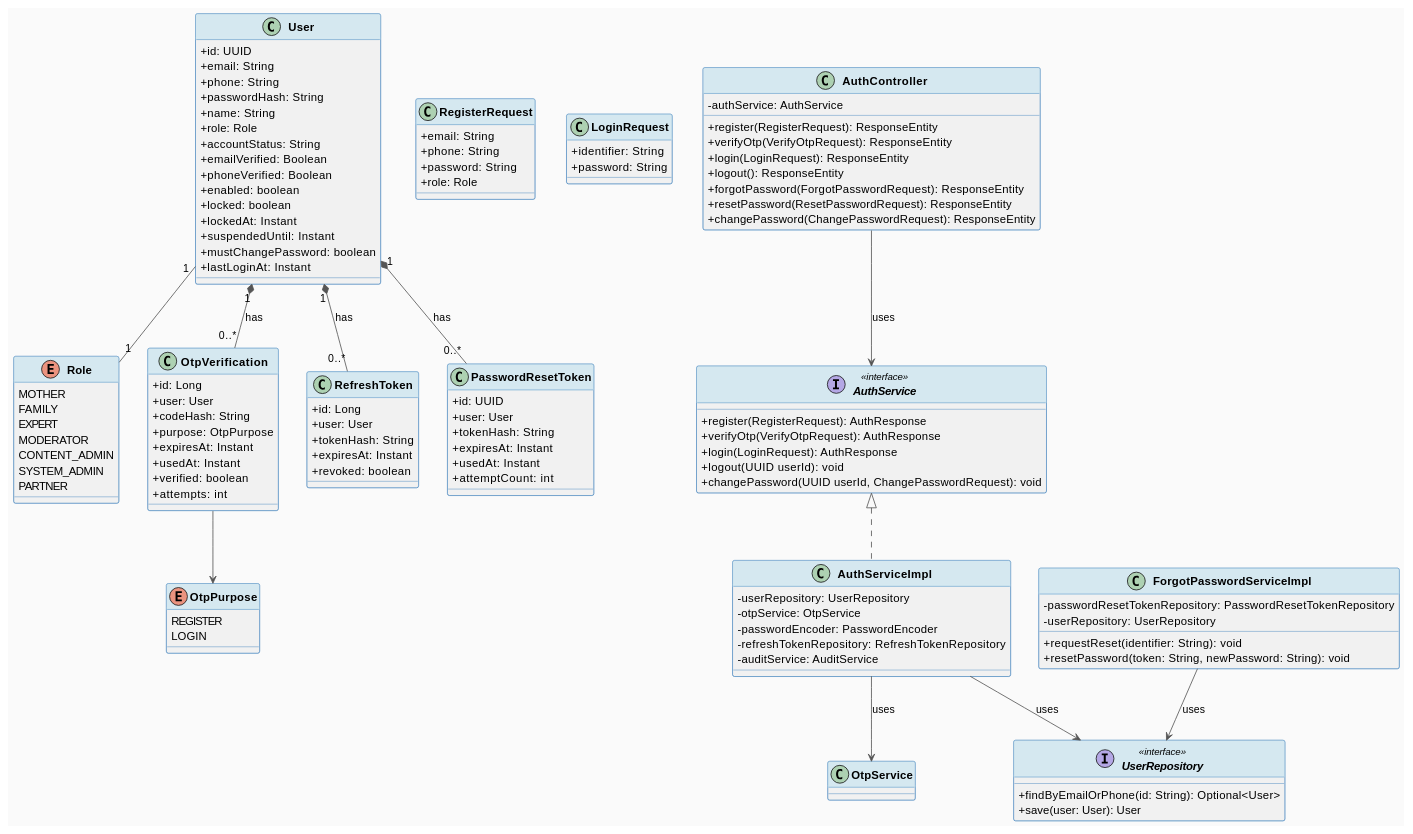
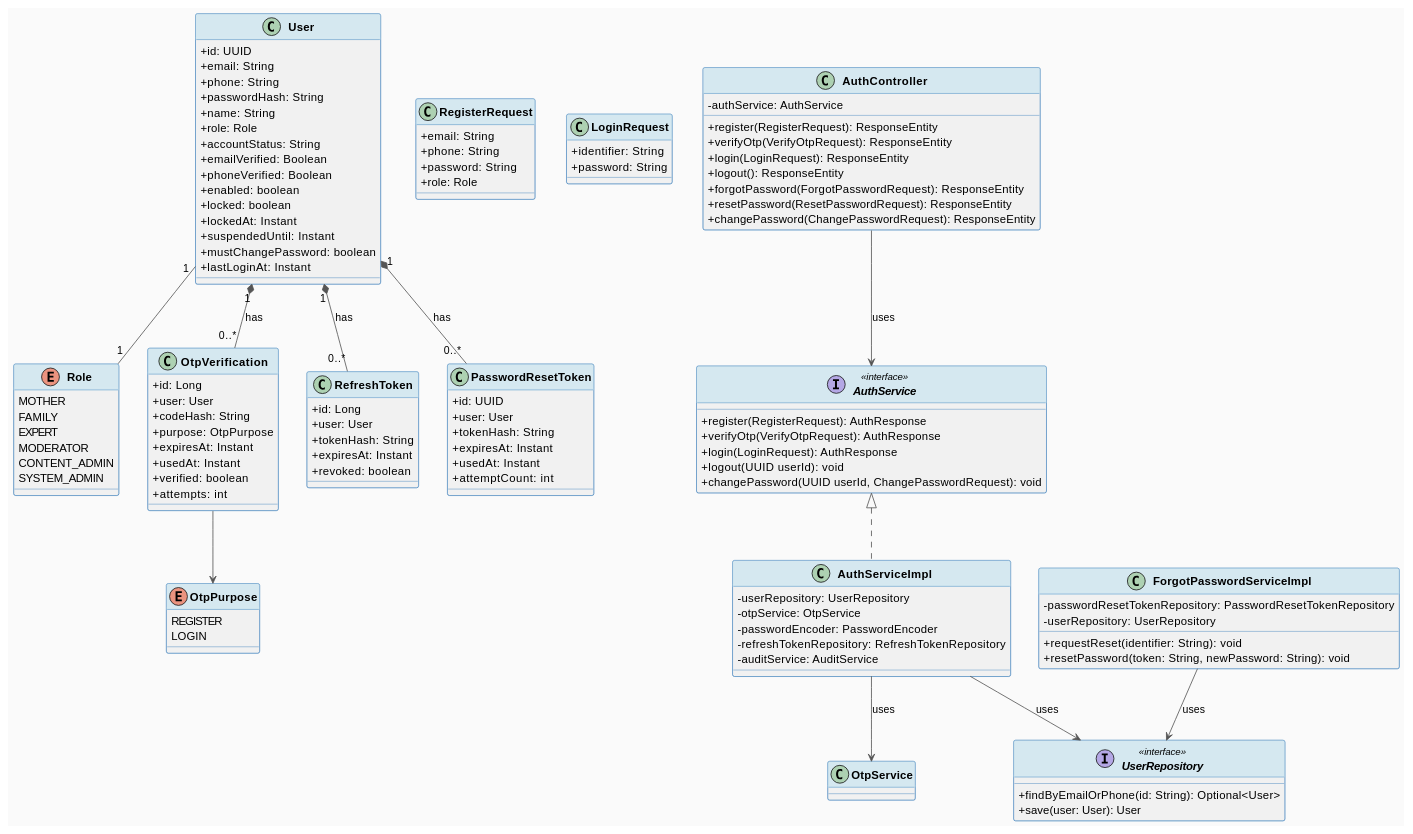
Before and after one commit to ChuongBDHE172784/CareBridge_SEP490_G79: the first of 2 diagrams in docs/Detailed_Design/MF01_Account_Trust_AccesControl/01_Account_Registration_Authentication_Lifecycle.md, drawn with PlantUML. The commit also changed other lines of this file and 97 other files, not shown here.

Commit message:
docs: update detailed design documentation with new diagrams and restructured module files.

```diff
--- a/docs/Detailed_Design/MF01_Account_Trust_AccesControl/01_Account_Registration_Authentication_Lifecycle.md
+++ b/docs/Detailed_Design/MF01_Account_Trust_AccesControl/01_Account_Registration_Authentication_Lifecycle.md
@@ -59,7 +59,6 @@
   MODERATOR
   CONTENT_ADMIN
   SYSTEM_ADMIN
-  PARTNER
 }
 
 class OtpVerification {
```
